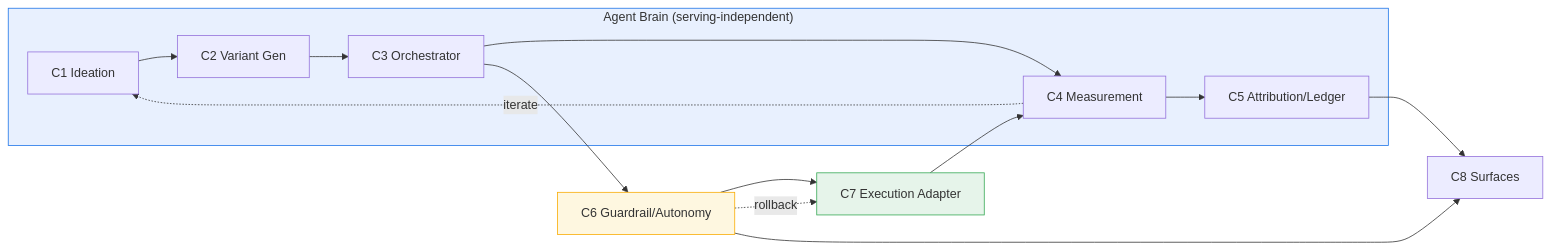
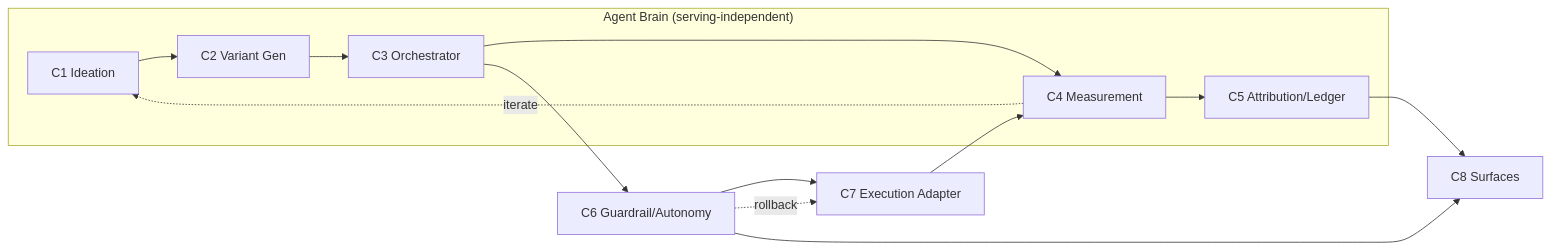
The ninth of 15 diagrams in bytesofpurpose-blog/designs/2026-06-22-self-healing-storefront.mdx (omars-lab/omars-lab.github.io), drawn with Mermaid before and after one commit. The commit also changed other lines of this file and 6 other files, not shown here.

First line of the commit message:
feat(designs): on-brand mermaid theme + dark-mode-adaptive diagrams

````diff
--- a/bytesofpurpose-blog/designs/2026-06-22-self-healing-storefront.mdx
+++ b/bytesofpurpose-blog/designs/2026-06-22-self-healing-storefront.mdx
@@ -658,20 +636,17 @@
 ```mermaid
 graph LR
     subgraph brain["Agent Brain (serving-independent)"]
         C1[C1 Ideation] --> C2[C2 Variant Gen]
         C2 --> C3[C3 Orchestrator]
         C3 --> C4[C4 Measurement]
         C4 --> C5[C5 Attribution/Ledger]
         C4 -.iterate.-> C1
     end
     C3 --> C6[C6 Guardrail/Autonomy]
     C6 --> C7[C7 Execution Adapter]
     C7 --> C4
     C6 -.rollback.-> C7
     C5 --> C8[C8 Surfaces]
     C6 --> C8
 
-    style brain fill:#e8f0fe,stroke:#1a73e8
-    style C6 fill:#fef7e0,stroke:#f9ab00
-    style C7 fill:#e6f4ea,stroke:#34a853
 ```
````
